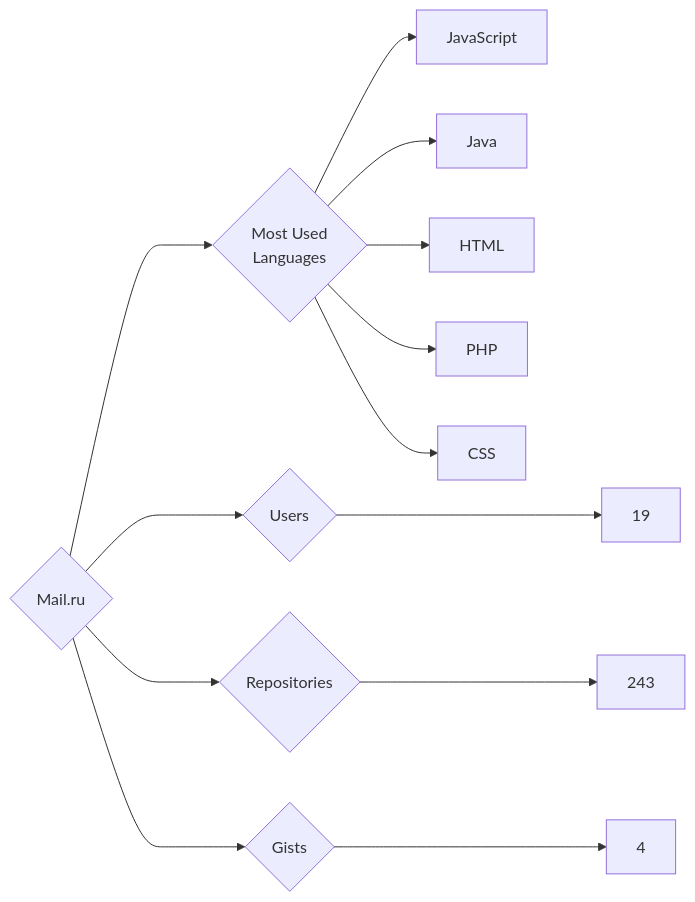
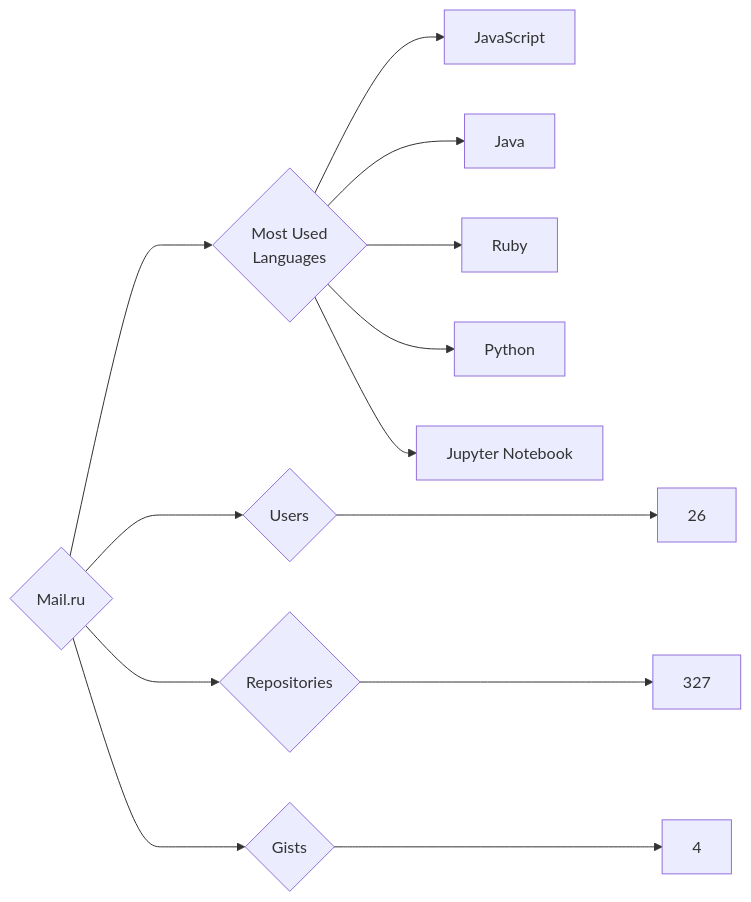
The diagram in targets/Mail.ru/README.md (trickest/insiders), drawn with Mermaid before and after one commit. The commit also changed 912 other files, not shown here.

````diff
--- a/targets/Mail.ru/README.md
+++ b/targets/Mail.ru/README.md
@@ -3,13 +3,13 @@
 ```mermaid
 graph LR
 COMPANY_NAME{Mail.ru}
-COMPANY_NAME ---> U{Users} ---> UN[19]
-COMPANY_NAME ---> R{Repositories} ---> RN[243]
+COMPANY_NAME ---> U{Users} ---> UN[26]
+COMPANY_NAME ---> R{Repositories} ---> RN[327]
 COMPANY_NAME ---> G{Gists} ---> GN[4]
 COMPANY_NAME ---> ML{Most Used<br>Languages}
 ML --> JavaScript[JavaScript]
 ML --> Java[Java]
-ML --> HTML[HTML]
-ML --> PHP[PHP]
-ML --> CSS[CSS]
+ML --> Ruby[Ruby]
+ML --> Python[Python]
+ML --> Jupyter_Notebook[Jupyter Notebook]
 ```
````
